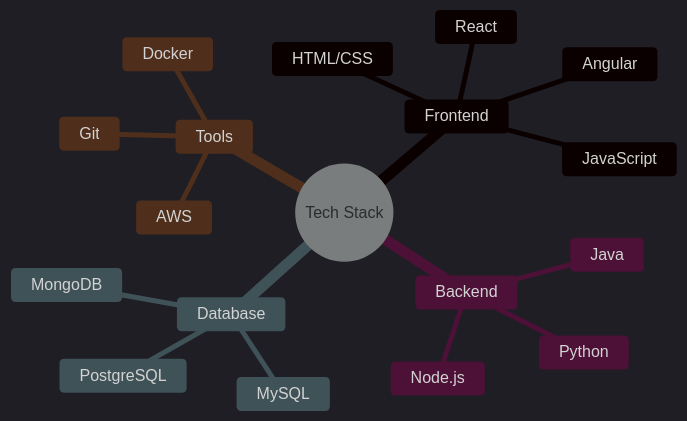
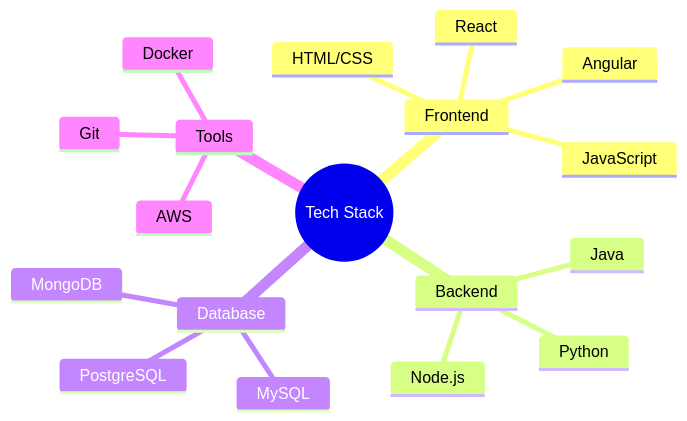
The first of 3 diagrams in README.md (udithanayanajith/udithanayanajith), drawn with Mermaid before and after one commit.

````diff
--- a/README.md
+++ b/README.md
@@ -12,22 +12,22 @@
 ```mermaid
-%%{init: {'theme': 'dark', 'themeVariables': { 'fontSize': '16px'}}}%%
+%%{init: {'theme': 'light', 'themeVariables': { 'fontSize': '16px'}}}%%
 mindmap
   root((Tech Stack))
     Frontend
       HTML/CSS
       JavaScript
       React
       Angular
     Backend
       Node.js
       Python
       Java
     Database
       MongoDB
       MySQL
       PostgreSQL
     Tools
       Git
       Docker
       AWS
 ```
````
